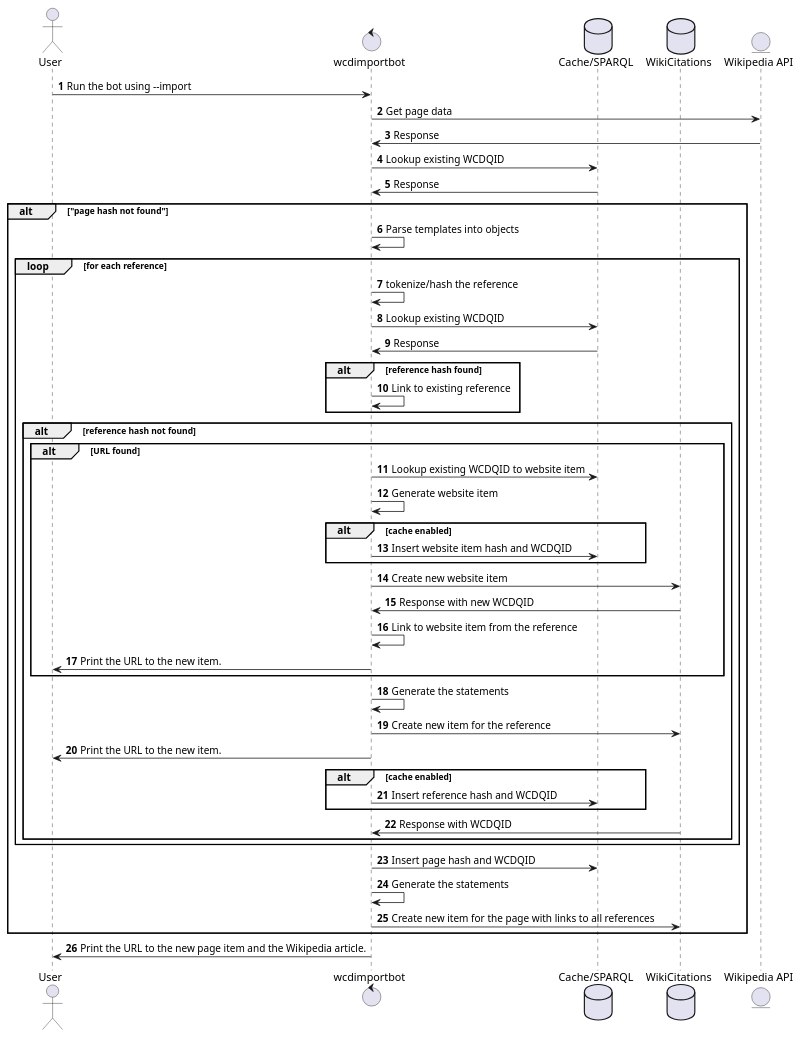
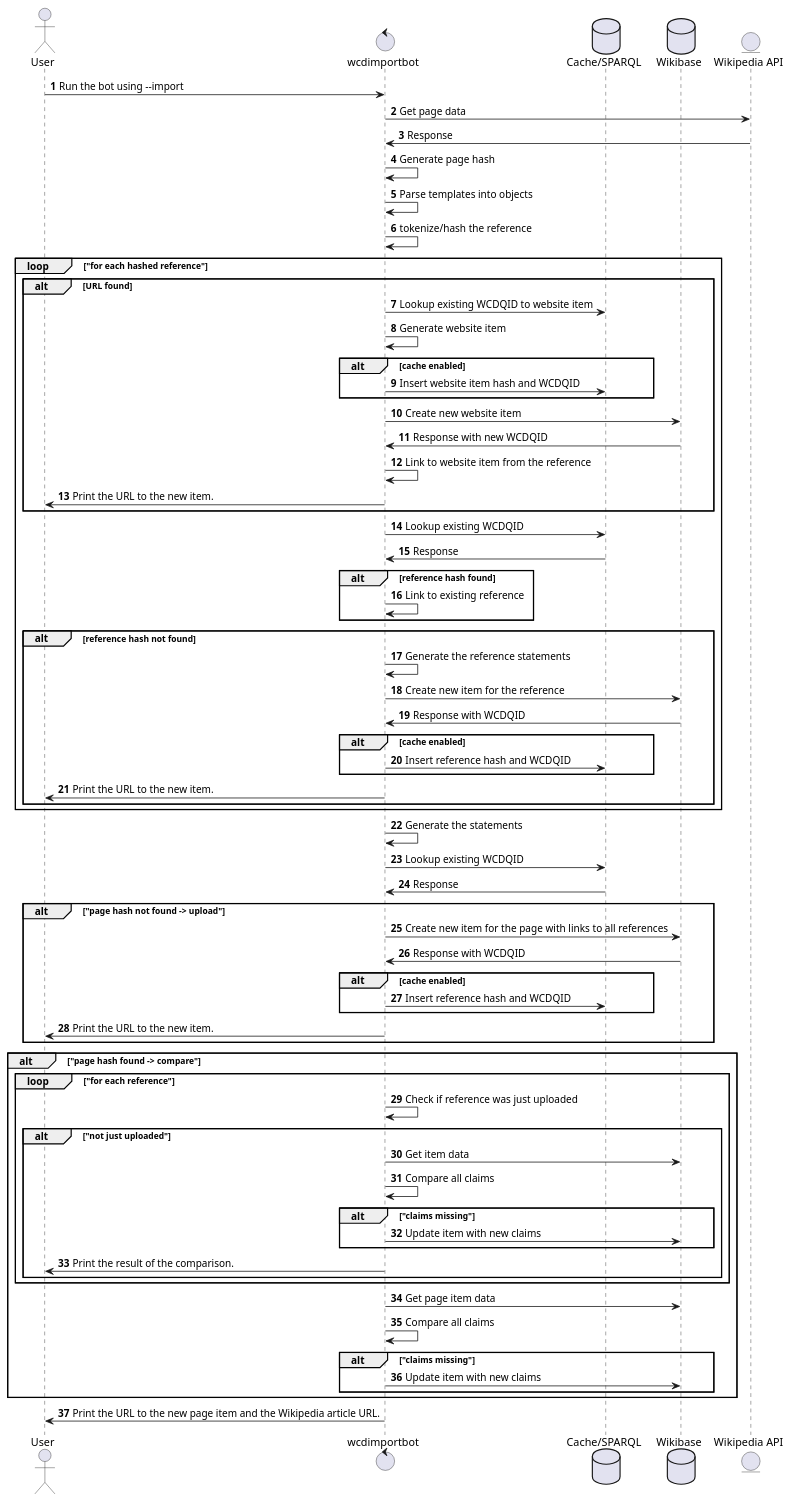
One commit to internetarchive/iari changed the diagram in diagrams/sequence_import_title.puml. Above: the diagram before and after it, drawn with PlantUML.

Commit message:
sequence_import_title.puml: Update to changes in model.

```diff
--- a/diagrams/sequence_import_title.puml
+++ b/diagrams/sequence_import_title.puml
@@ -1,52 +1,75 @@
 @startuml
 'https://plantuml.com/sequence-diagram
 
 'The databases are editable by the bot, the entity is not.
 
 autonumber
 actor User as user
 control wcdimportbot
 database "Cache/SPARQL" as Cache
-database WikiCitations
+database Wikibase
 entity "Wikipedia API" as wikipediaapi
 user -> wcdimportbot: Run the bot using --import
 wcdimportbot -> wikipediaapi: Get page data
 wikipediaapi -> wcdimportbot: Response
+wcdimportbot -> wcdimportbot: Generate page hash
+wcdimportbot -> wcdimportbot: Parse templates into objects
+wcdimportbot -> wcdimportbot: tokenize/hash the reference
+loop "for each hashed reference"
+    alt URL found
+        wcdimportbot -> Cache: Lookup existing WCDQID to website item
+        wcdimportbot -> wcdimportbot: Generate website item
+        alt cache enabled
+            wcdimportbot -> Cache: Insert website item hash and WCDQID
+        end
+        wcdimportbot -> Wikibase: Create new website item
+        Wikibase -> wcdimportbot: Response with new WCDQID
+        wcdimportbot -> wcdimportbot: Link to website item from the reference
+        wcdimportbot -> user: Print the URL to the new item.
+    end
+    wcdimportbot -> Cache: Lookup existing WCDQID
+    Cache -> wcdimportbot: Response
+    alt reference hash found
+        wcdimportbot -> wcdimportbot: Link to existing reference
+    end
+    alt reference hash not found
+        wcdimportbot -> wcdimportbot: Generate the reference statements
+        wcdimportbot -> Wikibase: Create new item for the reference
+        Wikibase -> wcdimportbot: Response with WCDQID
+        alt cache enabled
+            wcdimportbot -> Cache: Insert reference hash and WCDQID
+        end
+        wcdimportbot -> user: Print the URL to the new item.
+    end
+end
+wcdimportbot -> wcdimportbot: Generate the statements
 wcdimportbot -> Cache: Lookup existing WCDQID
 Cache -> wcdimportbot: Response
-alt "page hash not found"
-    wcdimportbot -> wcdimportbot: Parse templates into objects
-    loop for each reference
-        wcdimportbot -> wcdimportbot: tokenize/hash the reference
-        wcdimportbot -> Cache: Lookup existing WCDQID
-        Cache -> wcdimportbot: Response
-        alt reference hash found
-            wcdimportbot -> wcdimportbot: Link to existing reference
-        end
-        alt reference hash not found
-            alt URL found
-                wcdimportbot -> Cache: Lookup existing WCDQID to website item
-                wcdimportbot -> wcdimportbot: Generate website item
-                alt cache enabled
-                    wcdimportbot -> Cache: Insert website item hash and WCDQID
-                end
-                wcdimportbot -> WikiCitations: Create new website item
-                WikiCitations -> wcdimportbot: Response with new WCDQID
-                wcdimportbot -> wcdimportbot: Link to website item from the reference
-                wcdimportbot -> user: Print the URL to the new item.
+alt "page hash not found -> upload"
+    wcdimportbot -> Wikibase: Create new item for the page with links to all references
+    Wikibase -> wcdimportbot: Response with WCDQID
+    alt cache enabled
+        wcdimportbot -> Cache: Insert reference hash and WCDQID
+    end
+    wcdimportbot -> user: Print the URL to the new item.
+end
+alt "page hash found -> compare"
+    loop "for each reference"
+        wcdimportbot -> wcdimportbot: Check if reference was just uploaded
+        alt "not just uploaded"
+            wcdimportbot -> Wikibase: Get item data
+            wcdimportbot -> wcdimportbot: Compare all claims
+            alt "claims missing"
+                wcdimportbot -> Wikibase: Update item with new claims
             end
-            wcdimportbot -> wcdimportbot: Generate the statements
-            wcdimportbot -> WikiCitations: Create new item for the reference
-            wcdimportbot -> user: Print the URL to the new item.
-            alt cache enabled
-                wcdimportbot -> Cache: Insert reference hash and WCDQID
-            end
-            WikiCitations -> wcdimportbot: Response with WCDQID
+            wcdimportbot -> user: Print the result of the comparison.
         end
     end
-    wcdimportbot -> Cache: Insert page hash and WCDQID
-    wcdimportbot -> wcdimportbot: Generate the statements
-    wcdimportbot -> WikiCitations: Create new item for the page with links to all references
+    wcdimportbot -> Wikibase: Get page item data
+    wcdimportbot -> wcdimportbot: Compare all claims
+    alt "claims missing"
+        wcdimportbot -> Wikibase: Update item with new claims
+    end
 end
-wcdimportbot -> user: Print the URL to the new page item and the Wikipedia article.
+wcdimportbot -> user: Print the URL to the new page item and the Wikipedia article URL.
 @enduml
```
